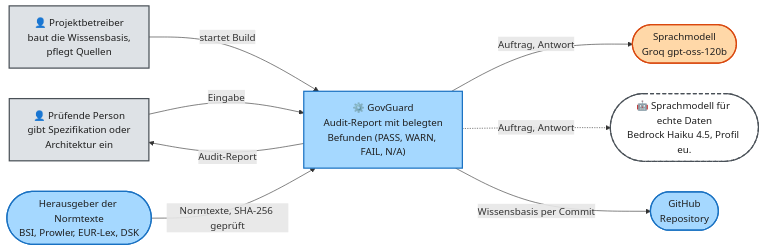
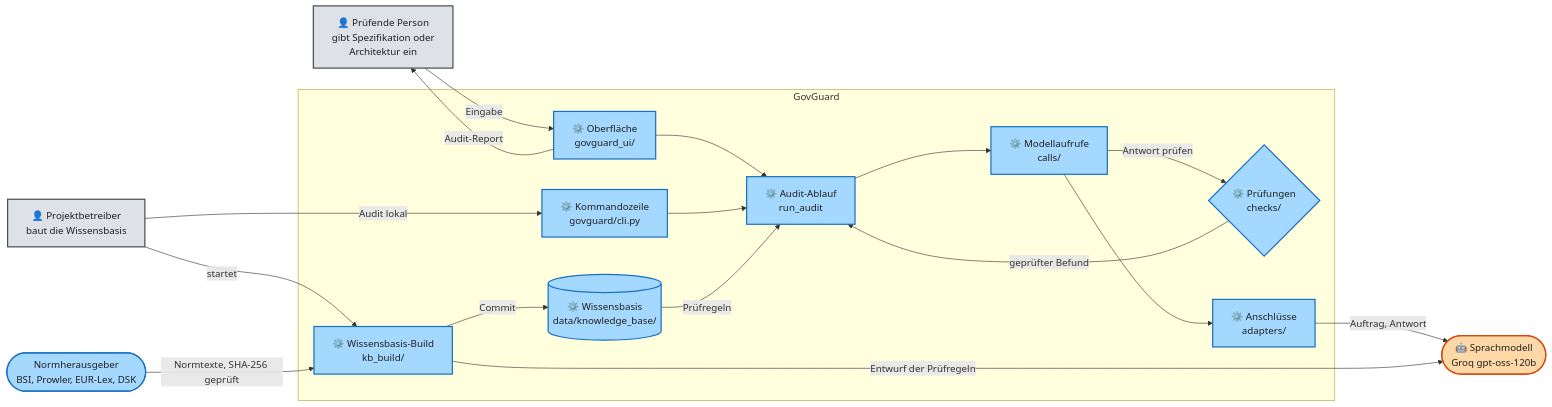
Before and after one commit to Daniel74/GovGuard: the first of 5 diagrams in docs/ARCHITECTURE.md, drawn with Mermaid. The commit also changed other lines of this file and 53 other files, not shown here.

Commit message:
#72 4+1-Doku ersetzt ARCHITECTURE und DESIGN, Ausbau nach AUSBAU.md, Drift-Test vereint

````diff
--- a/docs/ARCHITECTURE.md
+++ b/docs/ARCHITECTURE.md
@@ -66,21 +55,34 @@
 ```mermaid
 flowchart LR
   P["👤 Prüfende Person<br/>gibt Spezifikation oder<br/>Architektur ein"]:::human
-  B["👤 Projektbetreiber<br/>baut die Wissensbasis,<br/>pflegt Quellen"]:::human
-  G["⚙️ GovGuard<br/>Audit-Report mit belegten<br/>Befunden (PASS, WARN, FAIL, N/A)"]:::code
-  M(["Sprachmodell<br/>Groq gpt-oss-120b"]):::llm
-  Z(["🤖 Sprachmodell für echte Daten<br/>Bedrock Haiku 4.5, Profil eu."]):::planned
-  N(["Herausgeber der Normtexte<br/>BSI, Prowler, EUR-Lex, DSK"]):::code
-  H(["GitHub<br/>Repository"]):::code
-  P -->|"Eingabe"| G
-  G -->|"Audit-Report"| P
-  B -->|"startet Build"| G
-  G -->|"Auftrag, Antwort"| M
-  G -.->|"Auftrag, Antwort"| Z
-  N -->|"Normtexte, SHA-256 geprüft"| G
-  G -->|"Wissensbasis per Commit"| H
+  B["👤 Projektbetreiber<br/>baut die Wissensbasis"]:::human
+  subgraph GG["GovGuard"]
+    UI["⚙️ Oberfläche<br/>govguard_ui/"]:::code
+    CLI["⚙️ Kommandozeile<br/>govguard/cli.py"]:::code
+    AE["⚙️ Audit-Ablauf<br/>run_audit"]:::code
+    MC["⚙️ Modellaufrufe<br/>calls/"]:::code
+    CH{"⚙️ Prüfungen<br/>checks/"}:::code
+    KB[("⚙️ Wissensbasis<br/>data/knowledge_base/")]:::code
+    AD["⚙️ Anschlüsse<br/>adapters/"]:::code
+    BU["⚙️ Wissensbasis-Build<br/>kb_build/"]:::code
+  end
+  M(["🤖 Sprachmodell<br/>Groq gpt-oss-120b"]):::llm
+  N(["Normherausgeber<br/>BSI, Prowler, EUR-Lex, DSK"]):::code
+  P -->|"Eingabe"| UI
+  UI -->|"Audit-Report"| P
+  UI --> AE
+  B -->|"Audit lokal"| CLI --> AE
+  KB -->|"Prüfregeln"| AE
+  AE --> MC
+  MC -->|"Antwort prüfen"| CH
+  CH -->|"geprüfter Befund"| AE
+  MC --> AD
+  AD -->|"Auftrag, Antwort"| M
+  B -->|"startet"| BU
+  N -->|"Normtexte, SHA-256 geprüft"| BU
+  BU -->|"Entwurf der Prüfregeln"| M
+  BU -->|"Commit"| KB
   classDef llm fill:#ffd8a8,stroke:#d9480f,color:#1f1f1f,stroke-width:2px
   classDef code fill:#a5d8ff,stroke:#1971c2,color:#1f1f1f,stroke-width:2px
   classDef human fill:#dee2e6,stroke:#495057,color:#1f1f1f,stroke-width:2px
-  classDef planned fill:#ffffff,stroke:#495057,color:#1f1f1f,stroke-width:2px,stroke-dasharray:6 4
 ```
````
